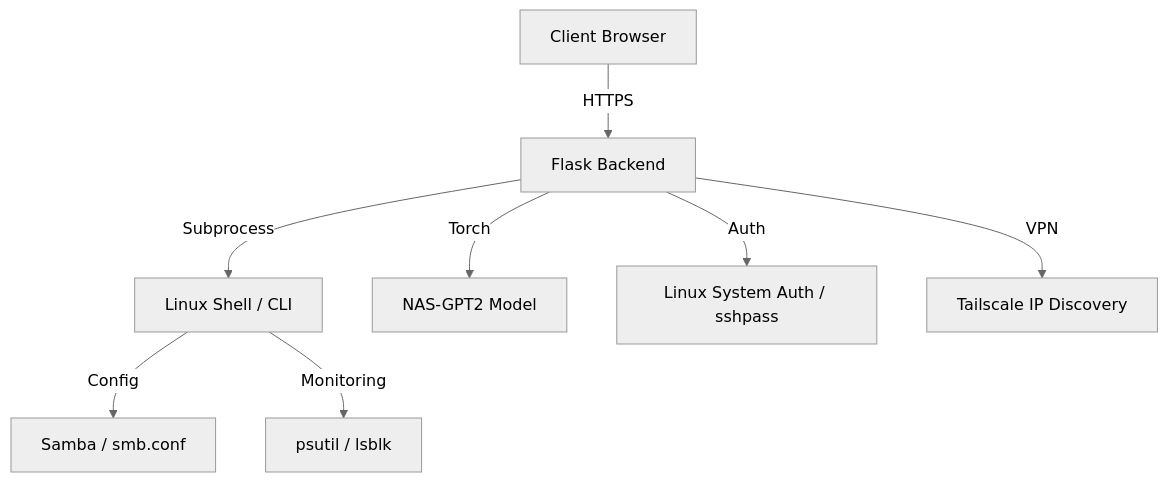
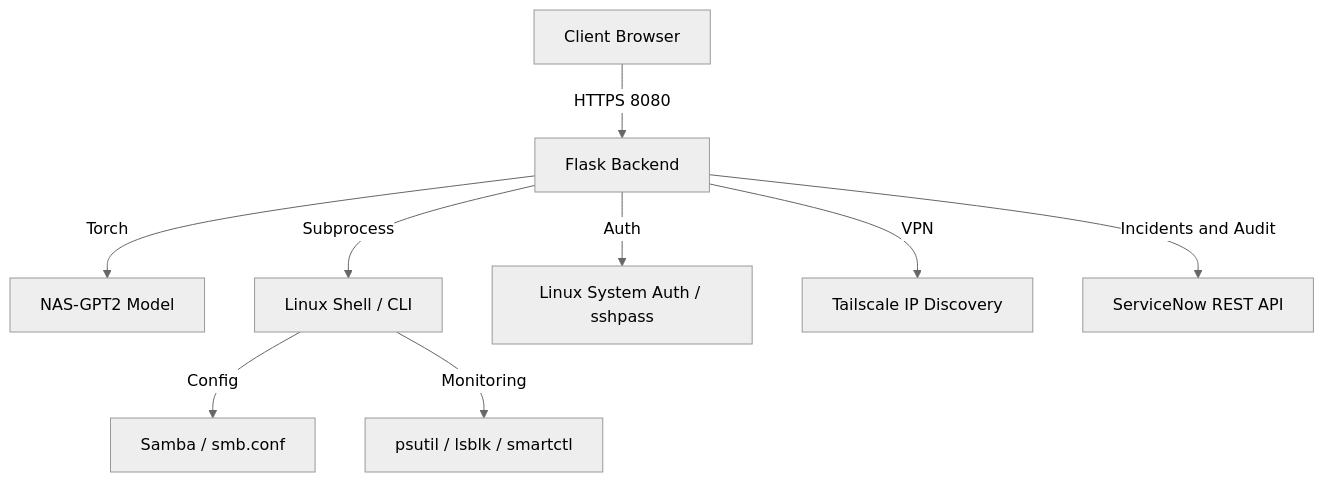
One commit to Vector3451/Smol changed the diagram in README.md. Above: the diagram before and after it, drawn with Mermaid (neutral theme). The commit also changed other lines of this file and 21 other files, not shown here.

````diff
--- a/README.md
+++ b/README.md
@@ -74,10 +101,11 @@
 ```mermaid
 graph TD
-    Client[Client Browser] -->|HTTPS| Flask[Flask Backend]
+    Client[Client Browser] -->|HTTPS 8080| Flask[Flask Backend]
+    Flask -->|Torch| GPT2[NAS-GPT2 Model]
     Flask -->|Subprocess| Shell[Linux Shell / CLI]
-    Flask -->|Torch| GPT2[NAS-GPT2 Model]
     Shell -->|Config| Samba[Samba / smb.conf]
-    Shell -->|Monitoring| psutil[psutil / lsblk]
+    Shell -->|Monitoring| Monitor[psutil / lsblk / smartctl]
     Flask -->|Auth| LinuxAuth[Linux System Auth / sshpass]
     Flask -->|VPN| Tailscale[Tailscale IP Discovery]
+    Flask -->|Incidents and Audit| ServiceNow[ServiceNow REST API]
 ```
````
